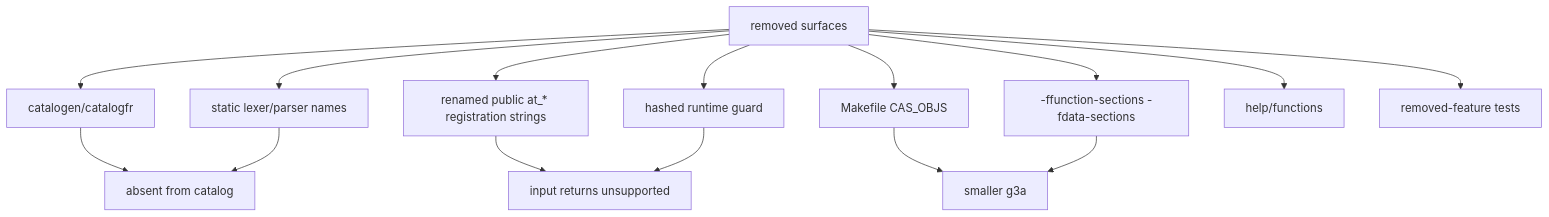
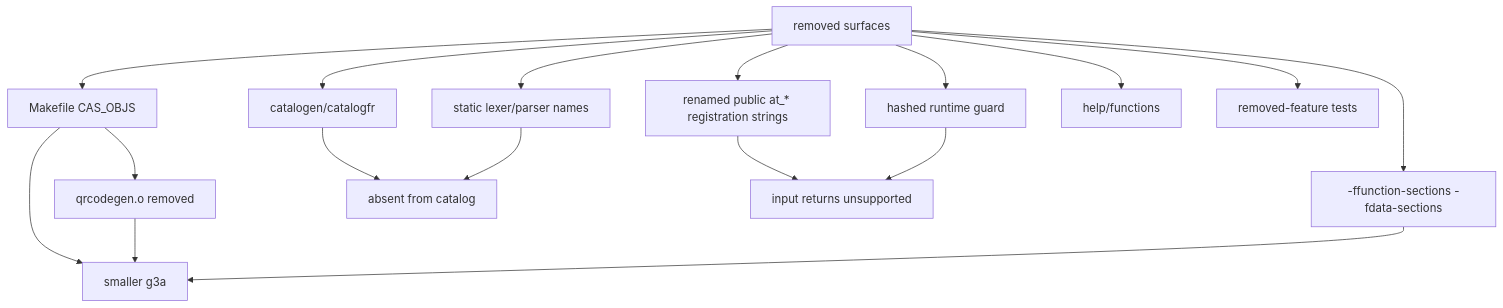
Before and after one commit to james8464/notes-addin-casio-fx-cg50: the fourth of 7 diagrams in docs/GRAPH.md, drawn with Mermaid. The commit also changed other lines of this file and 2 other files, not shown here.

````diff
--- a/docs/GRAPH.md
+++ b/docs/GRAPH.md
@@ -61,18 +61,20 @@
 ```mermaid
 graph TD
   Remove["removed surfaces"] --> Cat["catalogen/catalogfr"]
   Remove --> Lex["static lexer/parser names"]
   Remove --> Eval["renamed public at_* registration strings"]
   Remove --> Hash["hashed runtime guard"]
   Remove --> Obj["Makefile CAS_OBJS"]
   Remove --> Sec["-ffunction-sections -fdata-sections"]
+  Obj --> QR["qrcodegen.o removed"]
   Remove --> Help["help/functions"]
   Remove --> Tests["removed-feature tests"]
 
   Cat --> Gate["absent from catalog"]
   Lex --> Gate
   Eval --> Gate2["input returns unsupported"]
   Hash --> Gate2
   Obj --> Size["smaller g3a"]
+  QR --> Size
   Sec --> Size
 ```
````
